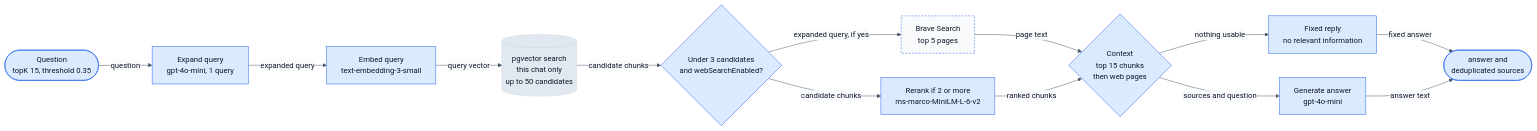
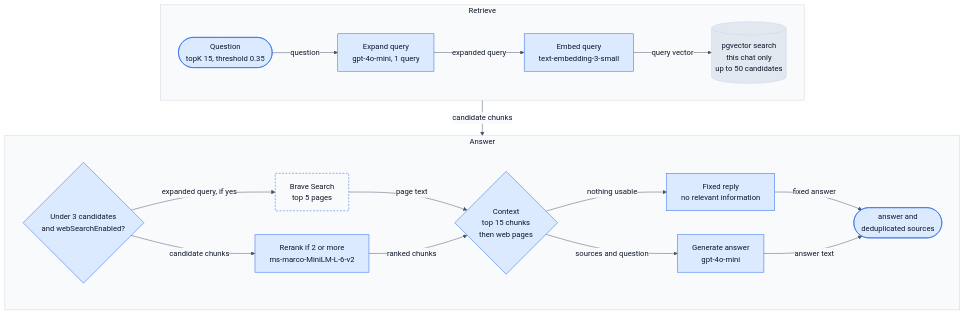
Before and after one commit to EmmanuelM-A/askdocumind-web: the diagram in diagrams/architecture/rag-pipeline-light.mmd, drawn with Mermaid. The commit also changed 4 other files, not shown here.

Commit message:
docs(architecture): split the RAG pipeline diagram into two rows

```diff
--- a/diagrams/architecture/rag-pipeline-light.mmd
+++ b/diagrams/architecture/rag-pipeline-light.mmd
@@ -1,34 +1,41 @@
 %%{init: {'theme': 'base', 'themeVariables': { 'background': 'transparent', 'lineColor': '#475569', 'primaryTextColor': '#0f172a', 'edgeLabelBackground': '#f8fafc', 'clusterBkg': '#f8fafc', 'clusterBorder': '#cbd5e1', 'titleColor': '#0f172a' }}}%%
-flowchart LR
+flowchart TB
     classDef core fill:#dbeafe,stroke:#2563eb,color:#0f172a
     classDef neutral fill:#e2e8f0,stroke:#cbd5e1,color:#0f172a
     classDef ext fill:#f8fafc,stroke:#2563eb,stroke-dasharray:4 3,color:#0f172a
 
-    req(["Question<br/>topK 15, threshold 0.35"])
-    expand["Expand query<br/>gpt-4o-mini, 1 query"]
-    embed["Embed query<br/>text-embedding-3-small"]
-    search[("pgvector search<br/>this chat only<br/>up to 50 candidates")]
-    web{"Under 3 candidates<br/>and webSearchEnabled?"}
-    brave["Brave Search<br/>top 5 pages"]
-    rerank["Rerank if 2 or more<br/>ms-marco-MiniLM-L-6-v2"]
-    ctx{"Context<br/>top 15 chunks<br/>then web pages"}
-    noinfo["Fixed reply<br/>no relevant information"]
-    gen["Generate answer<br/>gpt-4o-mini"]
-    resp(["answer and<br/>deduplicated sources"])
+    subgraph retrieve["Retrieve"]
+        direction LR
+        req(["Question<br/>topK 15, threshold 0.35"])
+        expand["Expand query<br/>gpt-4o-mini, 1 query"]
+        embed["Embed query<br/>text-embedding-3-small"]
+        search[("pgvector search<br/>this chat only<br/>up to 50 candidates")]
+        req -->|question| expand
+        expand -->|expanded query| embed
+        embed -->|query vector| search
+    end
 
-    req -->|question| expand
-    expand -->|expanded query| embed
-    embed -->|query vector| search
-    search -->|candidate chunks| web
-    web -->|expanded query, if yes| brave
-    web -->|candidate chunks| rerank
-    brave -->|page text| ctx
-    rerank -->|ranked chunks| ctx
-    ctx -->|nothing usable| noinfo
-    ctx -->|sources and question| gen
-    noinfo -->|fixed answer| resp
-    gen -->|answer text| resp
+    subgraph answer["Answer"]
+        direction LR
+        web{"Under 3 candidates<br/>and webSearchEnabled?"}
+        brave["Brave Search<br/>top 5 pages"]
+        rerank["Rerank if 2 or more<br/>ms-marco-MiniLM-L-6-v2"]
+        ctx{"Context<br/>top 15 chunks<br/>then web pages"}
+        noinfo["Fixed reply<br/>no relevant information"]
+        gen["Generate answer<br/>gpt-4o-mini"]
+        resp(["answer and<br/>deduplicated sources"])
+        web -->|expanded query, if yes| brave
+        web -->|candidate chunks| rerank
+        brave -->|page text| ctx
+        rerank -->|ranked chunks| ctx
+        ctx -->|nothing usable| noinfo
+        ctx -->|sources and question| gen
+        noinfo -->|fixed answer| resp
+        gen -->|answer text| resp
+    end
+
+    retrieve -->|candidate chunks| answer
 
     class req,expand,embed,web,rerank,ctx,noinfo,gen,resp core
     class search neutral
     class brave ext
```
